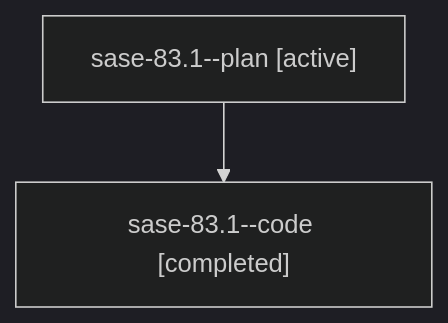
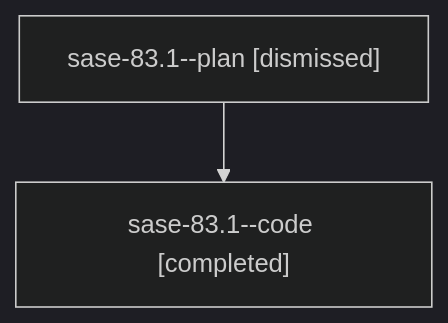
Before and after one commit to sase-org/sase--agents: the diagram in sessions/bbugyi200.athena.sase-83.1.md, drawn with Mermaid (dark theme). The commit also changed other lines of this file and 88 other files, not shown here.

````diff
--- a/sessions/bbugyi200.athena.sase-83.1.md
+++ b/sessions/bbugyi200.athena.sase-83.1.md
@@ -9,6 +9,6 @@
 ```mermaid
 flowchart TD
-  n0["sase-83.1--plan [active]"]
+  n0["sase-83.1--plan [dismissed]"]
   n1["sase-83.1--code [completed]"]
   n0 --> n1
 ```
````
